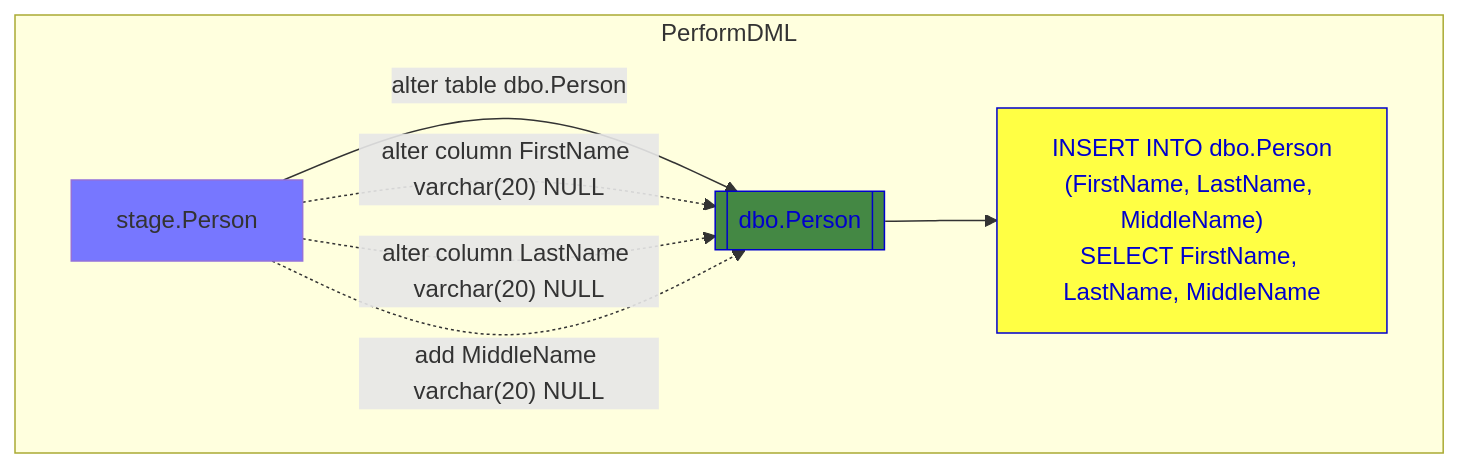
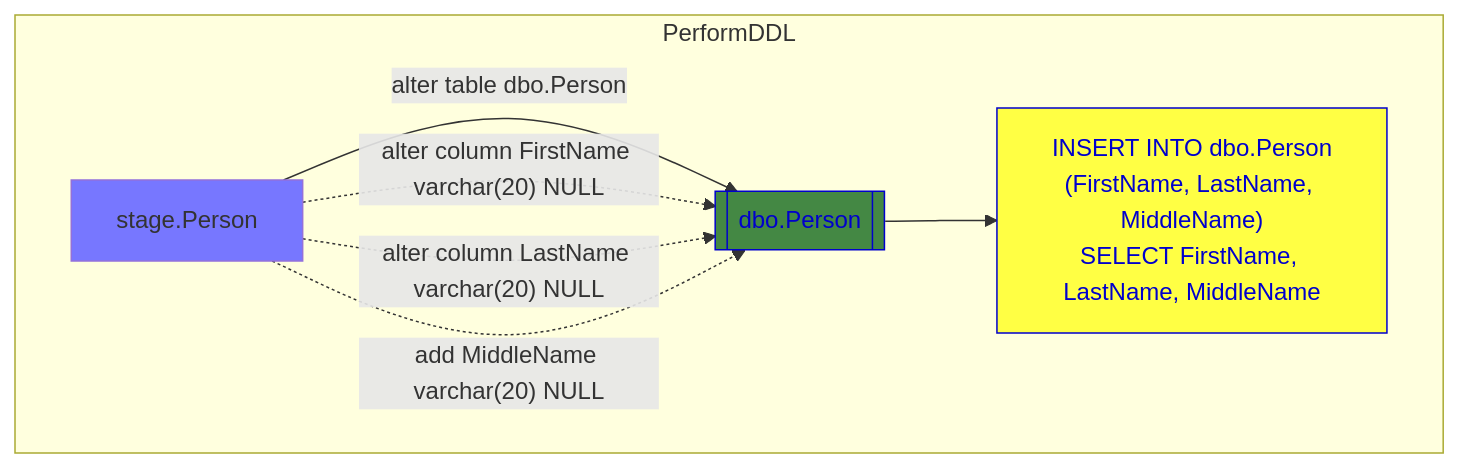
Before and after one commit to willsql4food/LakehouseToolkit: the third of 4 diagrams in Tools/SchemaDrift/README.md, drawn with Mermaid. The commit also changed other lines of this file, not shown here.

Commit message:
Typo fix DML --> DDL

````diff
--- a/Tools/SchemaDrift/README.md
+++ b/Tools/SchemaDrift/README.md
@@ -62,25 +62,25 @@
 ```mermaid
 flowchart
     classDef focus fill:#ff4, stroke:#00c, color:#00c;
     classDef sproc fill:#77F;
     classDef table fill:#484;
     classDef revtable fill:#484, stroke:#00c, color:#00c;
     classDef unknown fill:#f00, color:#00f;
     classDef external fill:#c6f, stroke:#00c, color:#00c;
 
-    subgraph PerformDML
+    subgraph PerformDDL
         src[stage.Person]; 
         class src sproc;
         tgt[[dbo.Person]]; 
         class tgt revtable;
         stmt["INSERT INTO dbo.Person\n(FirstName, LastName, MiddleName)\nSELECT FirstName, LastName, MiddleName"]; 
         class stmt focus;
 
         src --"alter table dbo.Person"--> tgt
         src -."alter column FirstName varchar(20) NULL".-> tgt
         src -."alter column LastName varchar(20) NULL".-> tgt
         src -."add MiddleName varchar(20) NULL".-> tgt
 
         tgt --> stmt
     end
 ```
````
